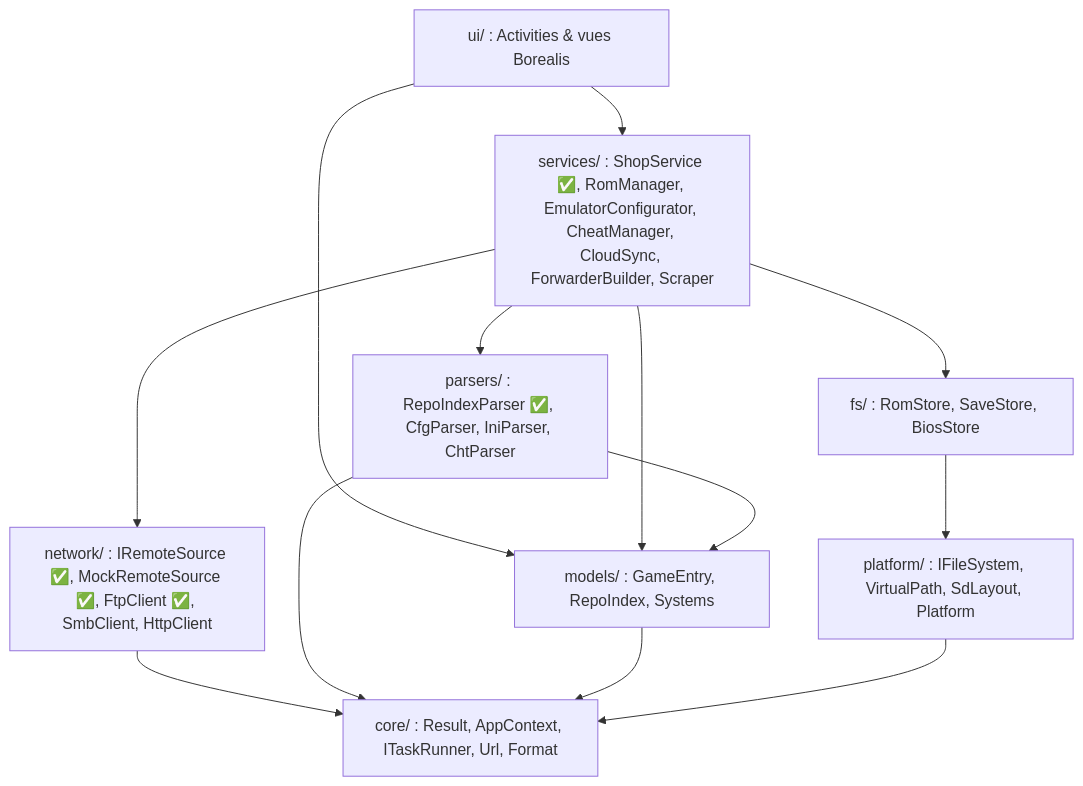
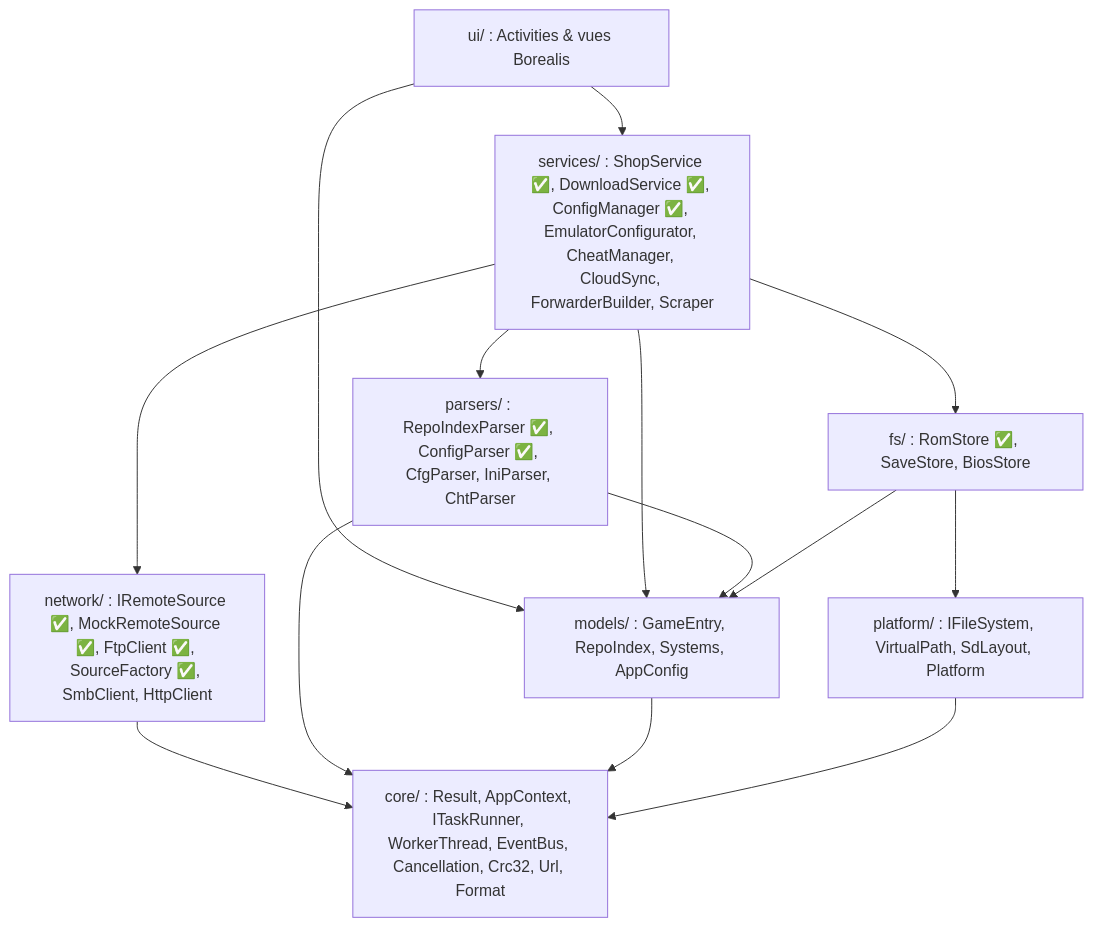
The first of 3 diagrams in retromanager/ARCHITECTURE.md (leo3438/my_little_shop_discord.py), drawn with Mermaid before and after one commit. The commit also changed other lines of this file and 5 other files, not shown here.

````diff
--- a/retromanager/ARCHITECTURE.md
+++ b/retromanager/ARCHITECTURE.md
@@ -31,24 +31,25 @@
 ```mermaid
 graph TD
     UI["ui/ : Activities & vues Borealis"]
-    SVC["services/ : ShopService ✅, RomManager, EmulatorConfigurator, CheatManager, CloudSync, ForwarderBuilder, Scraper"]
-    PARSE["parsers/ : RepoIndexParser ✅, CfgParser, IniParser, ChtParser"]
-    FS["fs/ : RomStore, SaveStore, BiosStore"]
-    NET["network/ : IRemoteSource ✅, MockRemoteSource ✅, FtpClient ✅, SmbClient, HttpClient"]
+    SVC["services/ : ShopService ✅, DownloadService ✅, ConfigManager ✅, EmulatorConfigurator, CheatManager, CloudSync, ForwarderBuilder, Scraper"]
+    PARSE["parsers/ : RepoIndexParser ✅, ConfigParser ✅, CfgParser, IniParser, ChtParser"]
+    FS["fs/ : RomStore ✅, SaveStore, BiosStore"]
+    NET["network/ : IRemoteSource ✅, MockRemoteSource ✅, FtpClient ✅, SourceFactory ✅, SmbClient, HttpClient"]
     PLAT["platform/ : IFileSystem, VirtualPath, SdLayout, Platform"]
-    CORE["core/ : Result, AppContext, ITaskRunner, Url, Format"]
-    MODELS["models/ : GameEntry, RepoIndex, Systems"]
+    CORE["core/ : Result, AppContext, ITaskRunner, WorkerThread, EventBus, Cancellation, Crc32, Url, Format"]
+    MODELS["models/ : GameEntry, RepoIndex, Systems, AppConfig"]
 
     UI --> SVC
     UI --> MODELS
     SVC --> MODELS
     PARSE --> MODELS
     SVC --> PARSE
     SVC --> FS
     SVC --> NET
     FS --> PLAT
+    FS --> MODELS
     NET --> CORE
     PARSE --> CORE
     MODELS --> CORE
     PLAT --> CORE
 ```
````
